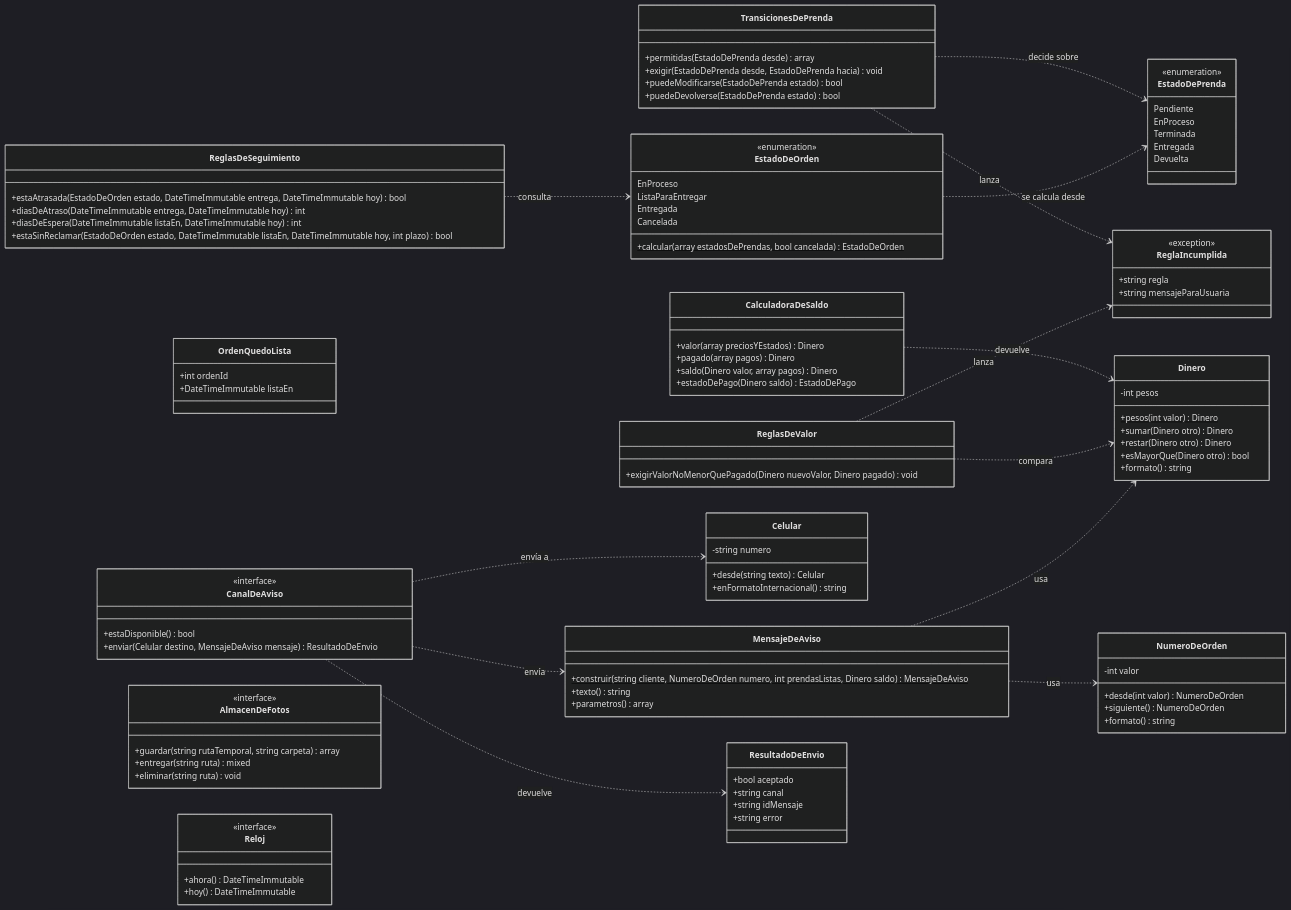
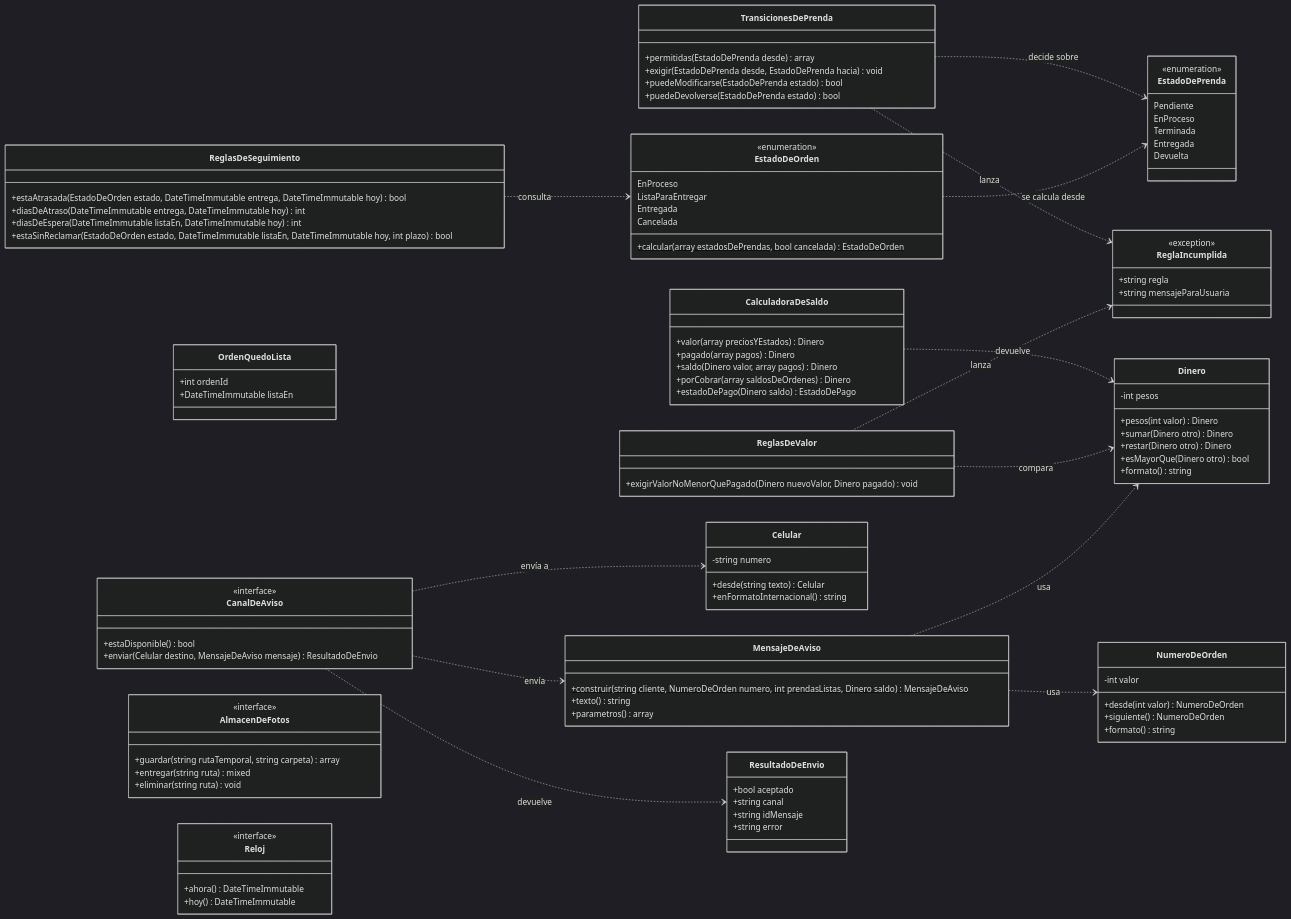
Before and after one commit to Aryannext/El-taller-ines: the first of 13 diagrams in docs/03-diseno/diagramas/README.md, drawn with Mermaid (dark theme). The commit also changed 9 other files, not shown here.

```diff
--- a/docs/03-diseno/diagramas/README.md
+++ b/docs/03-diseno/diagramas/README.md
@@ -97,6 +97,7 @@
         +valor(array preciosYEstados) Dinero
         +pagado(array pagos) Dinero
         +saldo(Dinero valor, array pagos) Dinero
+        +porCobrar(array saldosDeOrdenes) Dinero
         +estadoDePago(Dinero saldo) EstadoDePago
     }
     class ReglasDeValor {
```
